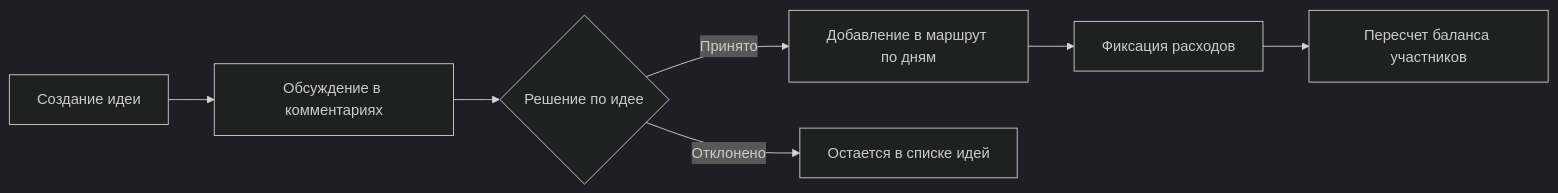
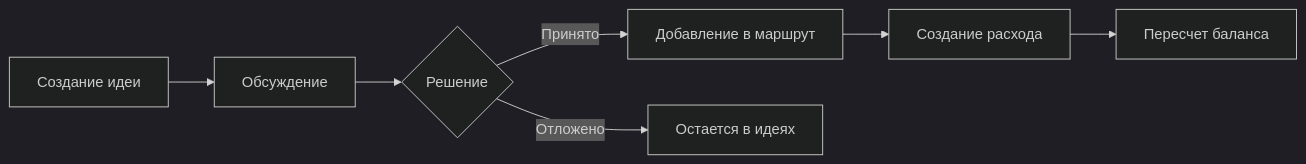
One commit to ilya-nvk/cotrip changed the second of 2 diagrams in docs/presentation/defense_slides_script.md. Above: the diagram before and after it, drawn with Mermaid (dark theme). The commit also changed other lines of this file, not shown here.

````diff
--- a/docs/presentation/defense_slides_script.md
+++ b/docs/presentation/defense_slides_script.md
@@ -121,9 +148,9 @@
 ```mermaid
 flowchart LR
-    I[Создание идеи] --> C[Обсуждение в комментариях]
-    C --> D{Решение по идее}
-    D -->|Принято| R[Добавление в маршрут по дням]
-    D -->|Отклонено| B[Остается в списке идей]
-    R --> E[Фиксация расходов]
-    E --> S[Пересчет баланса участников]
+    I[Создание идеи] --> C[Обсуждение]
+    C --> D{Решение}
+    D -->|Принято| R[Добавление в маршрут]
+    D -->|Отложено| B[Остается в идеях]
+    R --> E[Создание расхода]
+    E --> S[Пересчет баланса]
 ```
````
